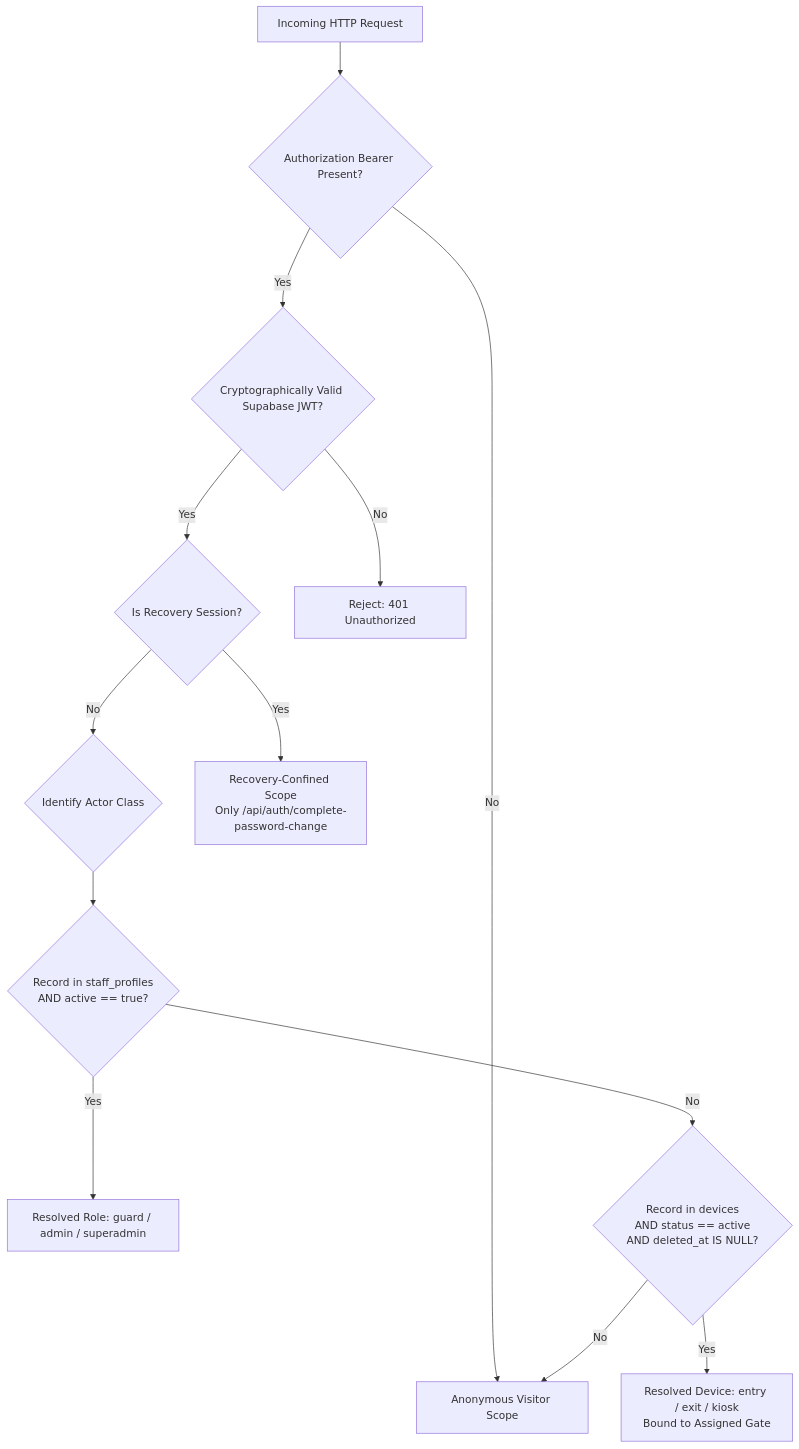
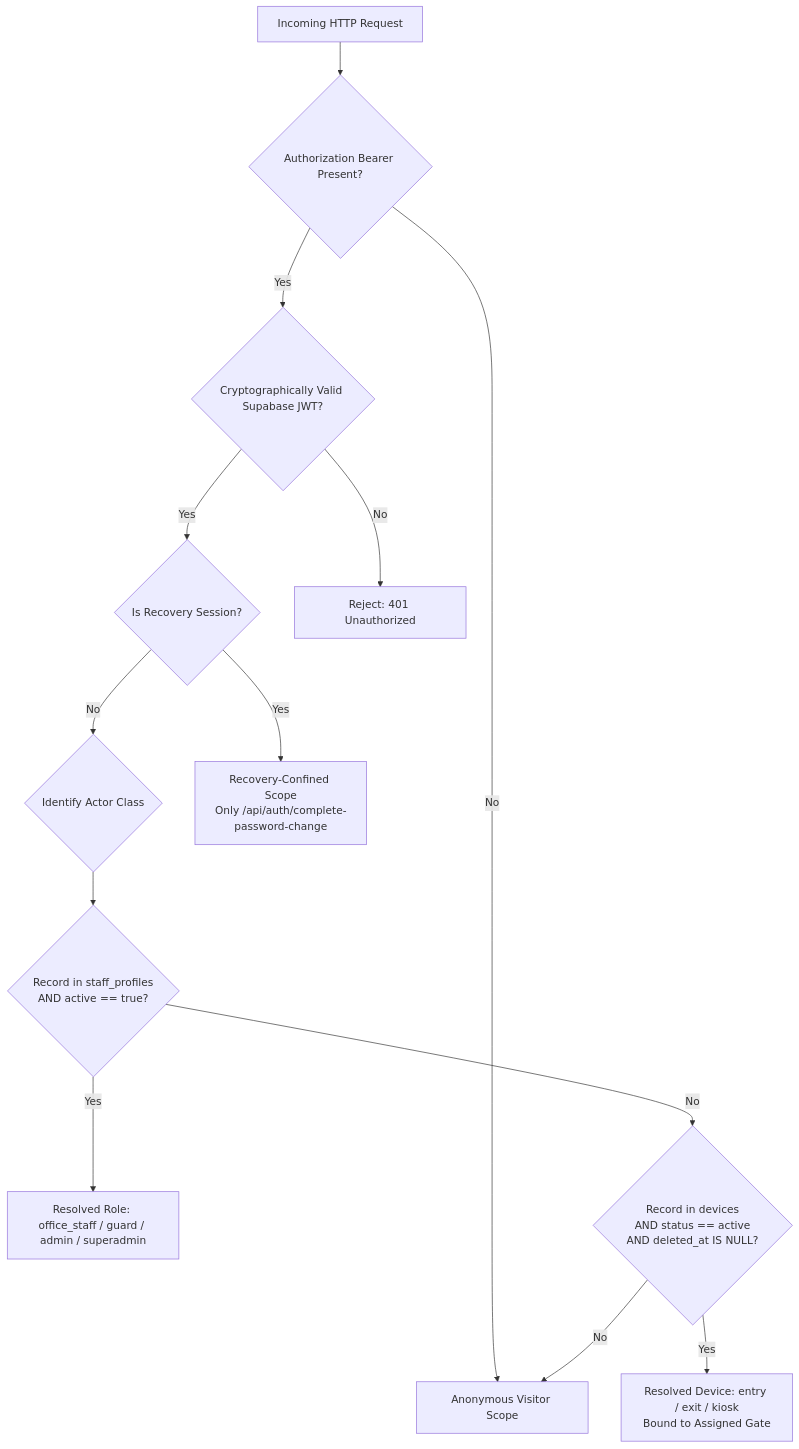
Before and after one commit to jsphhbna/egatepass: the second of 13 diagrams in docs/SECURITY.md, drawn with Mermaid. The commit also changed other lines of this file and 43 other files, not shown here.

Commit message:
feat(office): implement office visit management, staff accounts, approval gating, attendance confirmation, and gate scanner audio feedback

````diff
--- a/docs/SECURITY.md
+++ b/docs/SECURITY.md
@@ -58,24 +58,24 @@
 ```mermaid
 flowchart TD
     Req["Incoming HTTP Request"]
     AuthHeader{"Authorization Bearer Present?"}
     JWTValid{"Cryptographically Valid Supabase JWT?"}
     IsRecovery{"Is Recovery Session?"}
     ActorLookup{"Identify Actor Class"}
 
     Req --> AuthHeader
     AuthHeader -->|No| AnonVisitor["Anonymous Visitor Scope"]
     AuthHeader -->|Yes| JWTValid
     JWTValid -->|No| Reject401["Reject: 401 Unauthorized"]
     JWTValid -->|Yes| IsRecovery
 
     IsRecovery -->|Yes| RecoveryScope["Recovery-Confined Scope<br>Only /api/auth/complete-password-change"]
     IsRecovery -->|No| ActorLookup
 
     ActorLookup --> StaffCheck{"Record in staff_profiles<br>AND active == true?"}
-    StaffCheck -->|Yes| StaffRole["Resolved Role: guard / admin / superadmin"]
+    StaffCheck -->|Yes| StaffRole["Resolved Role: office_staff / guard / admin / superadmin"]
     StaffCheck -->|No| DeviceCheck{"Record in devices<br>AND status == active<br>AND deleted_at IS NULL?"}
 
     DeviceCheck -->|Yes| DeviceRole["Resolved Device: entry / exit / kiosk<br>Bound to Assigned Gate"]
     DeviceCheck -->|No| AnonVisitor
 ```
````
